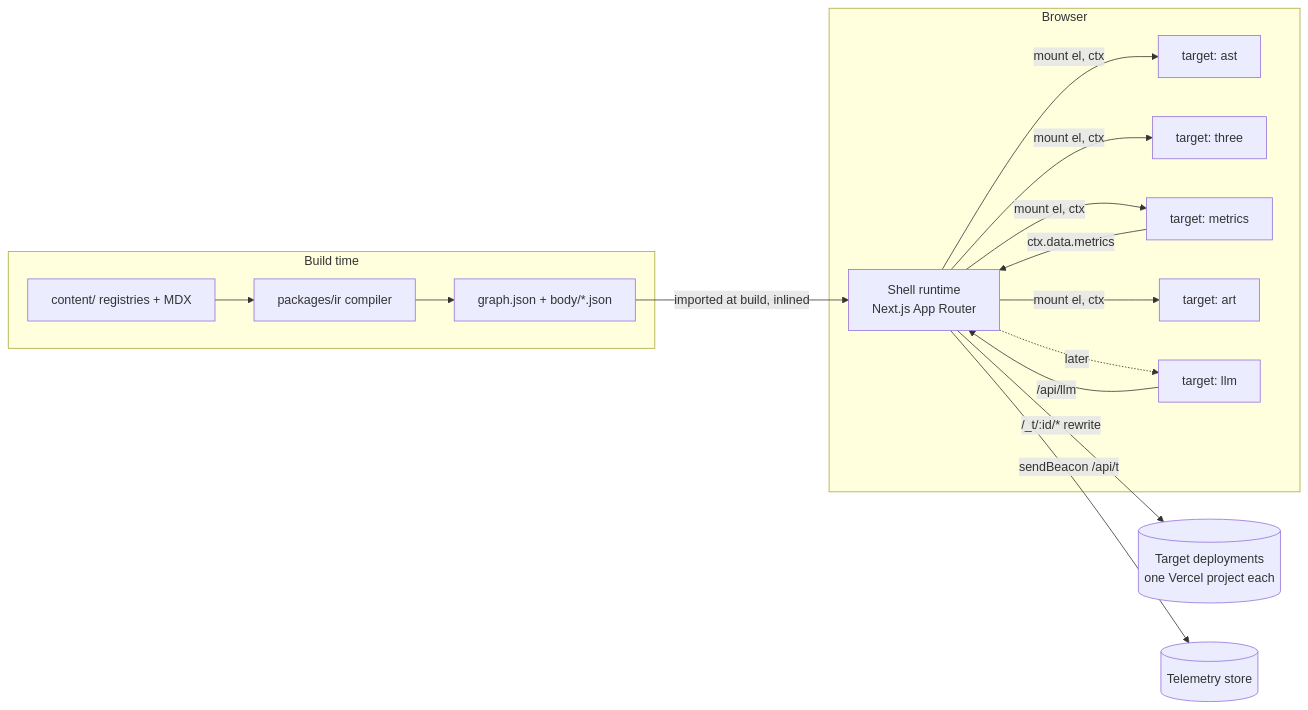
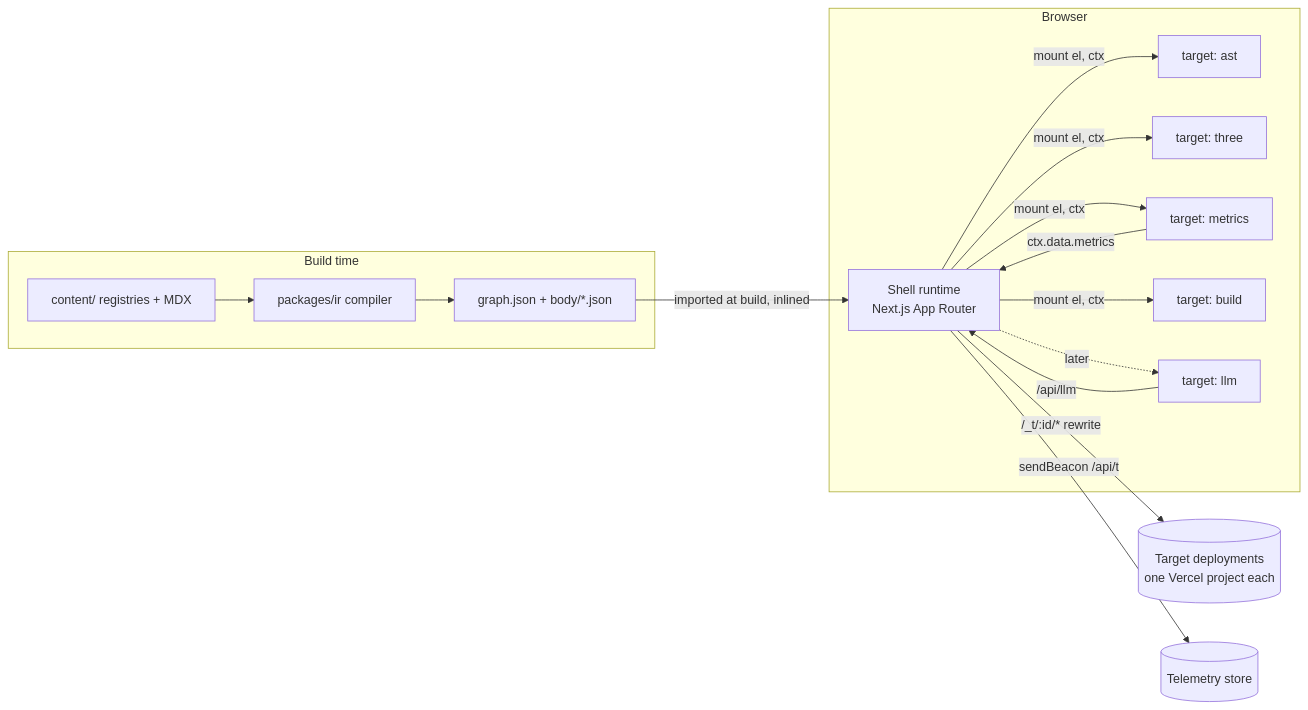
The diagram in architecture/HLD.md (RJonMshka/thetraversal), drawn with Mermaid before and after one commit. The commit also changed other lines of this file and 51 other files, not shown here.

First line of the commit message:
feat(build): the build target, replacing art

````diff
--- a/architecture/HLD.md
+++ b/architecture/HLD.md
@@ -36,22 +36,22 @@
 ```mermaid
 flowchart LR
   subgraph build[Build time]
     C[content/ registries + MDX] --> IRC[packages/ir compiler]
     IRC --> G[graph.json + body/*.json]
   end
 
   subgraph browser[Browser]
     S[Shell runtime<br/>Next.js App Router]
     S -->|mount el, ctx| T1[target: ast]
     S -->|mount el, ctx| T2[target: three]
     S -->|mount el, ctx| T3[target: metrics]
-    S -->|mount el, ctx| T4[target: art]
+    S -->|mount el, ctx| T4[target: build]
     S -.later.-> T5[target: llm]
   end
 
   G -->|imported at build, inlined| S
   S -->|/_t/:id/* rewrite| V[(Target deployments<br/>one Vercel project each)]
   S -->|sendBeacon /api/t| TEL[(Telemetry store)]
   T3 -->|ctx.data.metrics| S
   T5 -->|/api/llm| S
 ```
````
